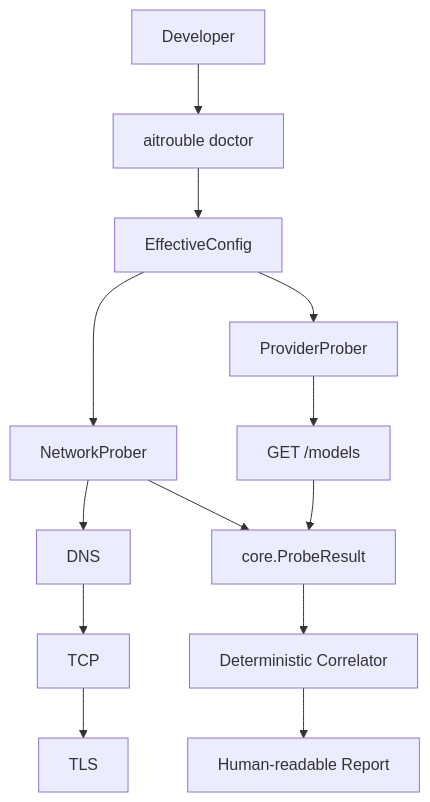
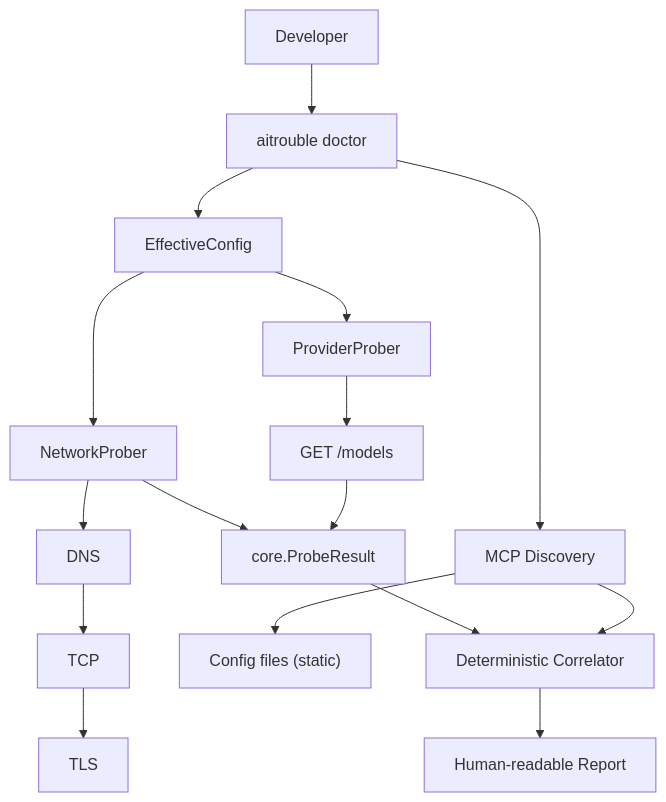
The first of 2 diagrams in docs/architecture.md (osmnmlh/aitrouble), drawn with Mermaid before and after one commit. The commit also changed other lines of this file and 16 other files, not shown here.

````diff
--- a/docs/architecture.md
+++ b/docs/architecture.md
@@ -27,37 +30,44 @@
 ```mermaid
 flowchart TD
 
     U["Developer"]
     CLI["aitrouble doctor"]
-    
+
     Config["EffectiveConfig"]
     Core["core.ProbeResult"]
 
     Network["NetworkProber"]
     DNS["DNS"]
     TCP["TCP"]
     TLS["TLS"]
 
     Provider["ProviderProber"]
     Models["GET /models"]
-    
+
+    MCP["MCP Discovery"]
+    MCPSrc["Config files (static)"]
+
     Engine["Deterministic Correlator"]
     Output["Human-readable Report"]
 
     U --> CLI
     CLI --> Config
 
     Config --> Network
     Config --> Provider
 
     Network --> DNS
     DNS --> TCP
     TCP --> TLS
 
     Network --> Core
     Provider --> Models
     Models --> Core
-    
+
+    CLI --> MCP
+    MCP --> MCPSrc
+
     Core --> Engine
+    MCP --> Engine
     Engine --> Output
 ```
````
